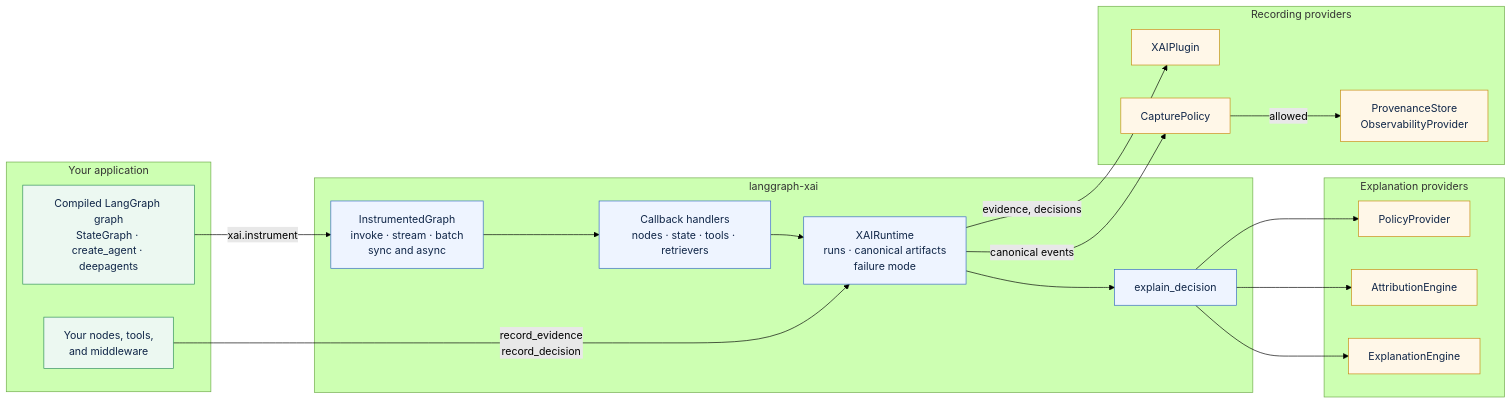
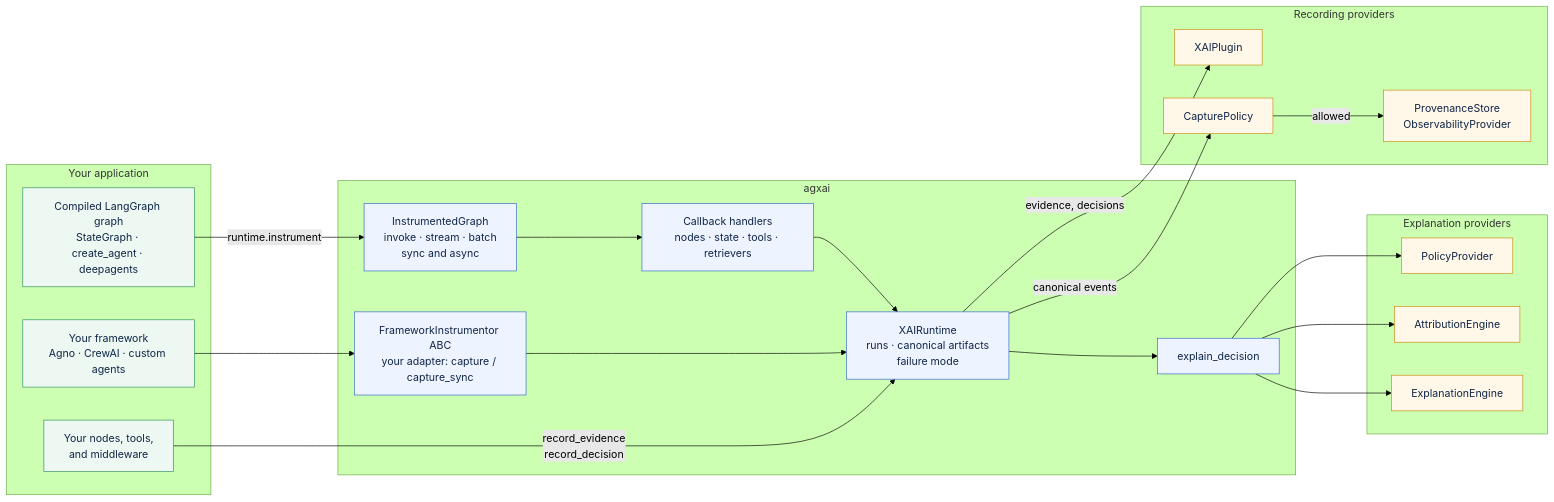
Before and after one commit to smuniharish/agxai: the diagram in diagrams/architecture-overview.mmd, drawn with Mermaid (forest theme). The commit also changed 207 other files, not shown here.

```diff
--- a/diagrams/architecture-overview.mmd
+++ b/diagrams/architecture-overview.mmd
@@ -1,37 +1,40 @@
 flowchart LR
     classDef app fill:#ecf8f1,stroke:#2f8f5b,color:#0f2547
     classDef core fill:#eef4ff,stroke:#3567c7,color:#0f2547
     classDef provider fill:#fff7e8,stroke:#c98a12,color:#0f2547
 
     subgraph Application["Your application"]
         compiled["Compiled LangGraph graph<br/>StateGraph · create_agent · deepagents"]:::app
+        custom["Your framework<br/>Agno · CrewAI · custom agents"]:::app
         code["Your nodes, tools,<br/>and middleware"]:::app
     end
 
-    subgraph XAI["langgraph-xai"]
+    subgraph XAI["agxai"]
         proxy["InstrumentedGraph<br/>invoke · stream · batch<br/>sync and async"]:::core
         callbacks["Callback handlers<br/>nodes · state · tools · retrievers"]:::core
         runtime["XAIRuntime<br/>runs · canonical artifacts<br/>failure mode"]:::core
+        adapter["FrameworkInstrumentor ABC<br/>your adapter: capture / capture_sync"]:::core
         explain["explain_decision"]:::core
     end
 
     subgraph Recording["Recording providers"]
         plugins["XAIPlugin"]:::provider
         capture["CapturePolicy"]:::provider
         sinks["ProvenanceStore<br/>ObservabilityProvider"]:::provider
     end
 
     subgraph Explaining["Explanation providers"]
         policy["PolicyProvider"]:::provider
         attribution["AttributionEngine"]:::provider
         engine["ExplanationEngine"]:::provider
     end
 
-    compiled -- "xai.instrument" --> proxy --> callbacks --> runtime
+    compiled -- "runtime.instrument" --> proxy --> callbacks --> runtime
+    custom --> adapter --> runtime
     code -- "record_evidence<br/>record_decision" --> runtime
     runtime -- "evidence, decisions" --> plugins
     runtime -- "canonical events" --> capture -- "allowed" --> sinks
     runtime --> explain
     explain --> policy
     explain --> attribution
     explain --> engine
```
